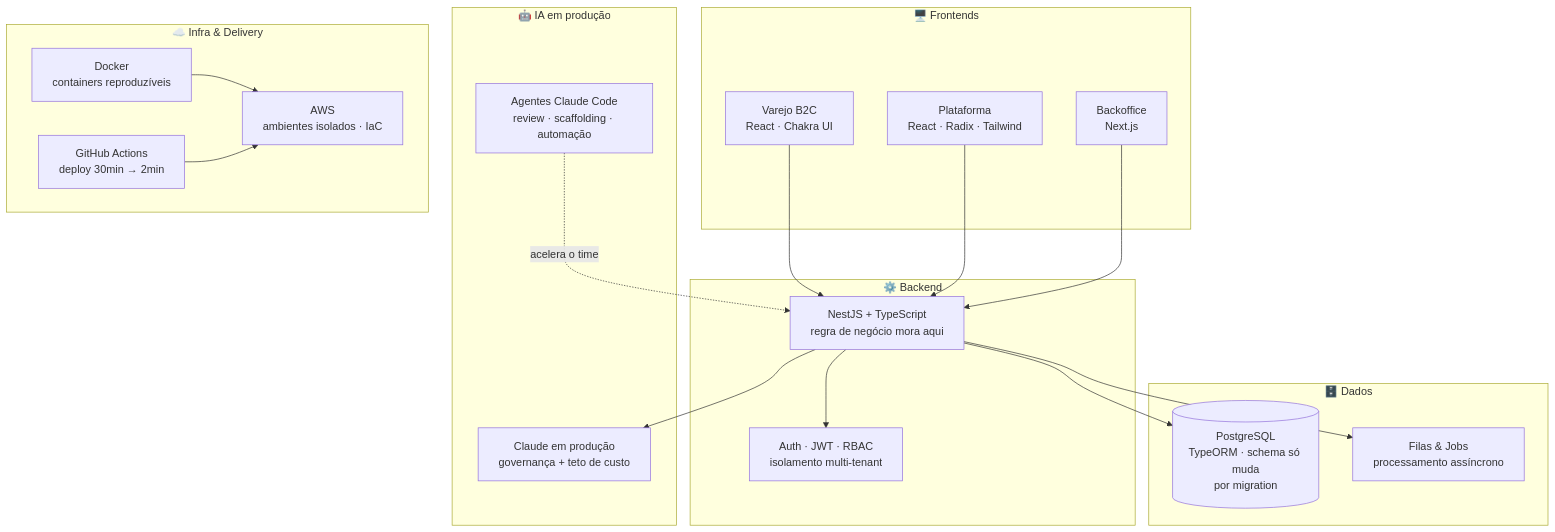
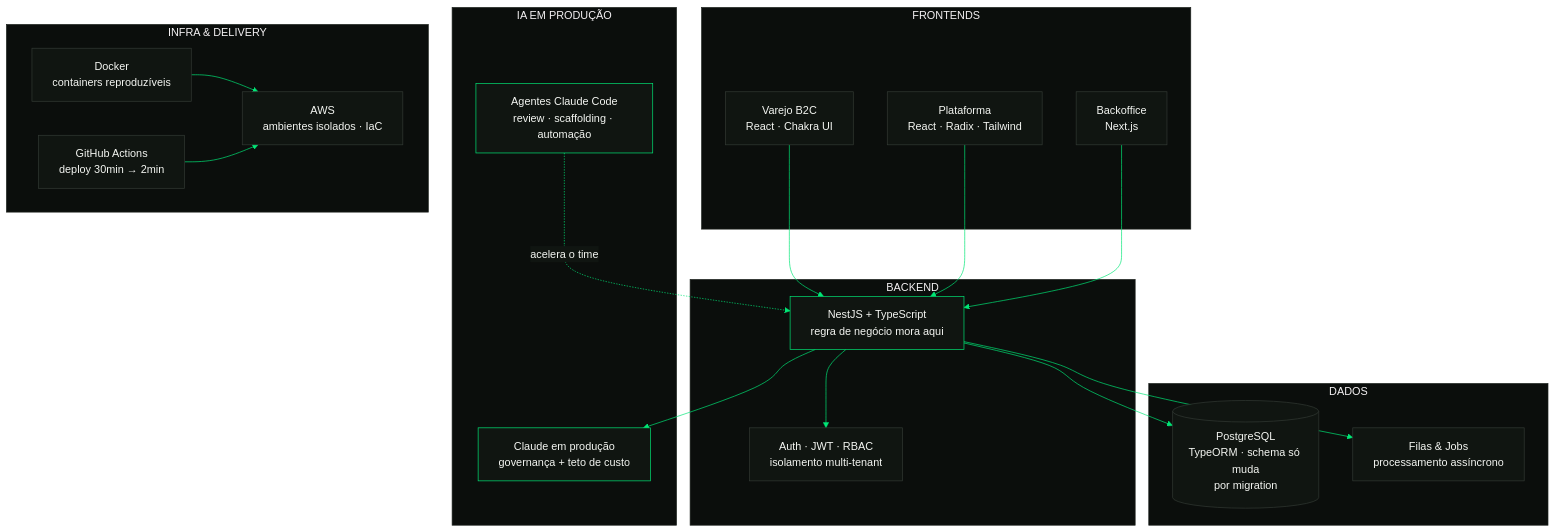
The diagram in README.md (1paulobarbosa/1paulobarbosa), drawn with Mermaid before and after one commit. The commit also changed other lines of this file, not shown here.

````diff
--- a/README.md
+++ b/README.md
@@ -42,40 +38,46 @@
 ```mermaid
+%%{init: {"theme":"base","themeVariables":{"background":"#0B0E0C","mainBkg":"#101511","primaryColor":"#101511","primaryTextColor":"#F4F6F2","primaryBorderColor":"#333A34","secondaryColor":"#101511","tertiaryColor":"#0B0E0C","lineColor":"#00E676","textColor":"#C7CCC8","nodeTextColor":"#F4F6F2","clusterBkg":"#0B0E0C","clusterBorder":"#1D221E","edgeLabelBackground":"#101511","fontFamily":"Space Grotesk, -apple-system, Segoe UI, sans-serif"}}}%%
 flowchart TB
-    subgraph Clients["🖥️ Frontends"]
+    subgraph Clients["FRONTENDS"]
         RETAIL["Varejo B2C<br/>React · Chakra UI"]
         PLATFORM["Plataforma<br/>React · Radix · Tailwind"]
         BACKOFFICE["Backoffice<br/>Next.js"]
     end
 
-    subgraph API["⚙️ Backend"]
+    subgraph API["BACKEND"]
         NEST["NestJS + TypeScript<br/>regra de negócio mora aqui"]
         AUTH["Auth · JWT · RBAC<br/>isolamento multi-tenant"]
     end
 
-    subgraph Data["🗄️ Dados"]
+    subgraph Data["DADOS"]
         PG[("PostgreSQL<br/>TypeORM · schema só muda<br/>por migration")]
         QUEUE["Filas & Jobs<br/>processamento assíncrono"]
     end
 
-    subgraph AI["🤖 IA em produção"]
+    subgraph AI["IA EM PRODUÇÃO"]
         CLAUDE["Claude em produção<br/>governança + teto de custo"]
         AGENTS["Agentes Claude Code<br/>review · scaffolding · automação"]
     end
 
-    subgraph Infra["☁️ Infra & Delivery"]
+    subgraph Infra["INFRA & DELIVERY"]
         DOCKER["Docker<br/>containers reproduzíveis"]
         CICD["GitHub Actions<br/>deploy 30min → 2min"]
         AWS["AWS<br/>ambientes isolados · IaC"]
     end
 
     RETAIL --> NEST
     PLATFORM --> NEST
     BACKOFFICE --> NEST
     NEST --> AUTH
     NEST --> PG
     NEST --> QUEUE
     NEST --> CLAUDE
     AGENTS -. acelera o time .-> NEST
     DOCKER --> AWS
     CICD --> AWS
+
+    classDef node fill:#101511,stroke:#333A34,color:#F4F6F2
+    classDef accent fill:#101511,stroke:#00E676,color:#F4F6F2
+    class RETAIL,PLATFORM,BACKOFFICE,AUTH,PG,QUEUE,DOCKER,CICD,AWS node
+    class NEST,CLAUDE,AGENTS accent
 ```
````
